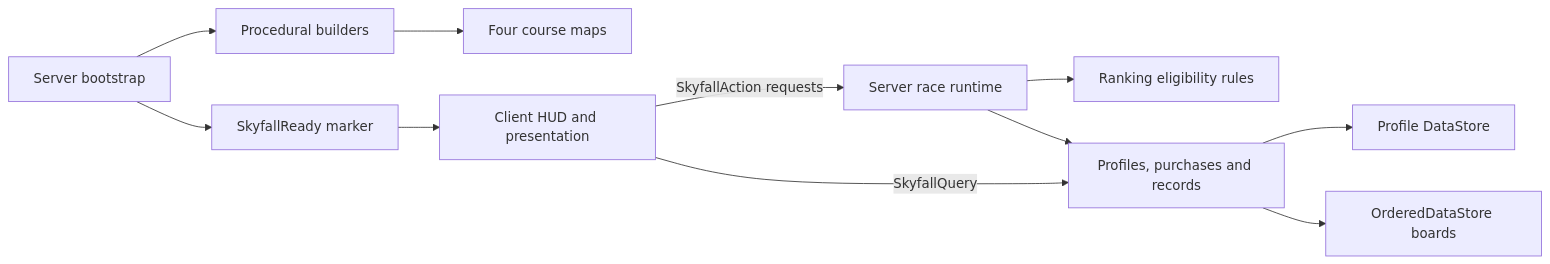
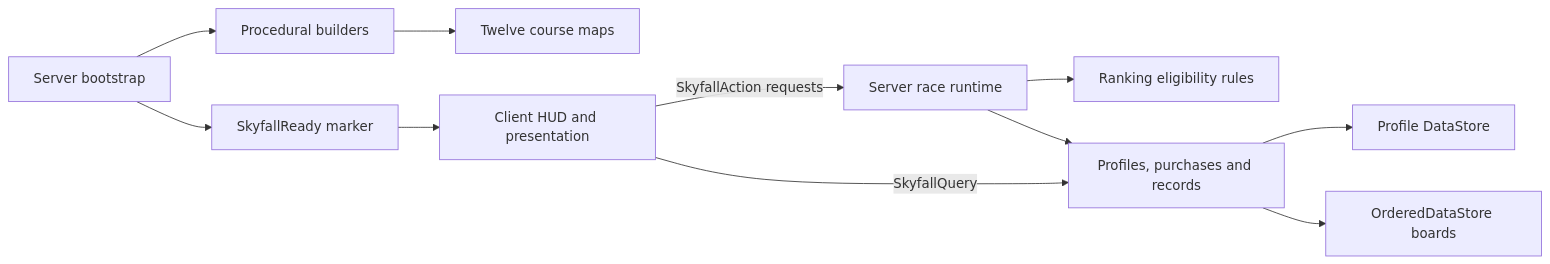
The diagram in docs/ARCHITECTURE.md (Alyzzini/skyfall-rush), drawn with Mermaid before and after one commit. The commit also changed other lines of this file and 3 other files, not shown here.

````diff
--- a/docs/ARCHITECTURE.md
+++ b/docs/ARCHITECTURE.md
@@ -5,13 +7,13 @@
 ```mermaid
 flowchart LR
-    Build[Procedural builders] --> World[Four course maps]
+    Build[Procedural builders] --> World[Twelve course maps]
     Entry[Server bootstrap] --> Build
     Entry --> Ready[SkyfallReady marker]
     Ready --> Client[Client HUD and presentation]
     Client -->|SkyfallAction requests| Runtime[Server race runtime]
     Runtime --> Rules[Ranking eligibility rules]
     Runtime --> Services[Profiles, purchases and records]
     Services --> Profiles[Profile DataStore]
     Services --> Records[OrderedDataStore boards]
     Client -->|SkyfallQuery| Services
 ```
````
